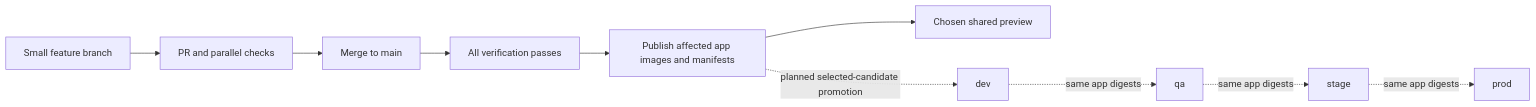
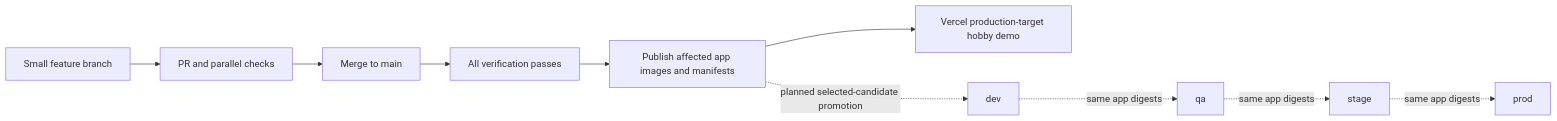
One commit to ashvir99260/flowboard changed the diagram in docs/DELIVERY_OPERATIONS.md. Above: the diagram before and after it, drawn with Mermaid. The commit also changed other lines of this file and 20 other files, not shown here.

````diff
--- a/docs/DELIVERY_OPERATIONS.md
+++ b/docs/DELIVERY_OPERATIONS.md
@@ -21,12 +21,12 @@
 ```mermaid
 flowchart LR
   Branch[Small feature branch] --> PR[PR and parallel checks]
   PR --> Main[Merge to main]
   Main --> Gates[All verification passes]
   Gates --> Releases[Publish affected app images and manifests]
-  Releases --> Preview[Chosen shared preview]
+  Releases --> Preview[Vercel production-target hobby demo]
   Releases -. planned selected-candidate promotion .-> Dev[dev]
   Dev -. same app digests .-> QA[qa]
   QA -. same app digests .-> Stage[stage]
   Stage -. same app digests .-> Prod[prod]
 ```
````
